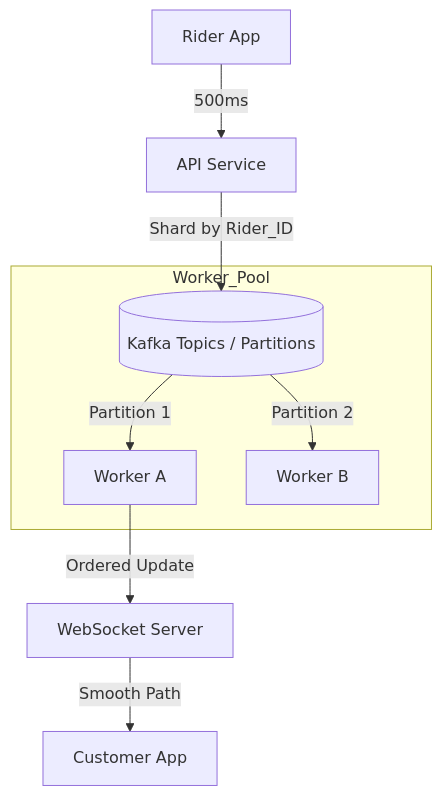
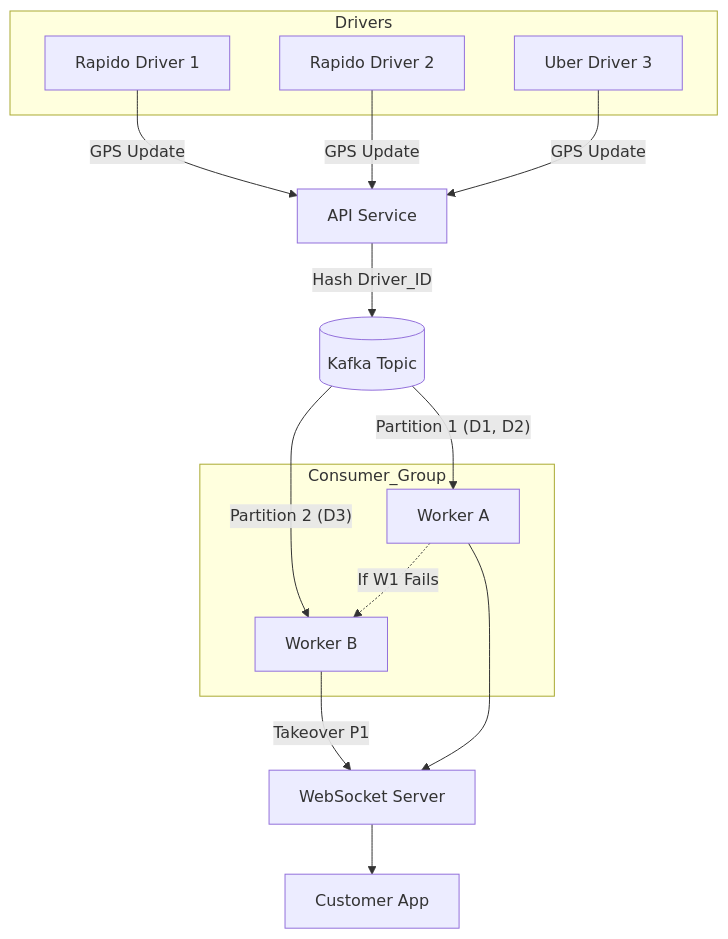
Before and after one commit to KiranTamboli/System_design: the second of 2 diagrams in Articles/10_Pull_Based_Architecture.md, drawn with Mermaid. The commit also changed other lines of this file, not shown here.

Commit message:
Expand Uber solution in Pull-Based Architecture article with failure and scaling details

````diff
--- a/Articles/10_Pull_Based_Architecture.md
+++ b/Articles/10_Pull_Based_Architecture.md
@@ -116,13 +135,27 @@
 ```mermaid
 graph TD
-    Rider[Rider App] -->|500ms| API[API Service]
-    API -->|Shard by Rider_ID| Kafka[(Kafka Topics / Partitions)]
-    
-    subgraph Worker_Pool
-        Kafka -->|Partition 1| W1[Worker A]
-        Kafka -->|Partition 2| W2[Worker B]
+    subgraph Drivers
+        D1[Rapido Driver 1]
+        D2[Rapido Driver 2]
+        D3[Uber Driver 3]
     end
 
-    W1 -->|Ordered Update| Socket[WebSocket Server]
-    Socket -->|Smooth Path| Customer[Customer App]
+    API[API Service]
+    Kafka[(Kafka Topic)]
+    
+    D1 & D2 & D3 -->|GPS Update| API
+    API -->|Hash Driver_ID| Kafka
+
+    subgraph Consumer_Group
+        W1[Worker A]
+        W2[Worker B]
+    end
+
+    Kafka --"Partition 1 (D1, D2)"--> W1
+    Kafka --"Partition 2 (D3)"--> W2
+
+    W1 -.->|If W1 Fails| W2
+    W2 --"Takeover P1"--> Socket[WebSocket Server]
+    W1 --> Socket
+    Socket --> Customer[Customer App]
 ```
````
